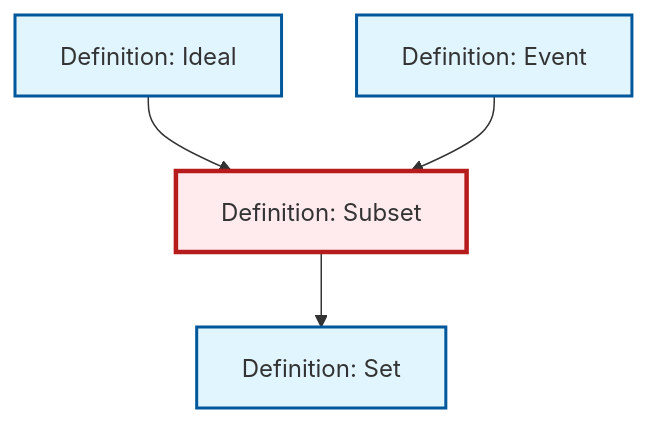
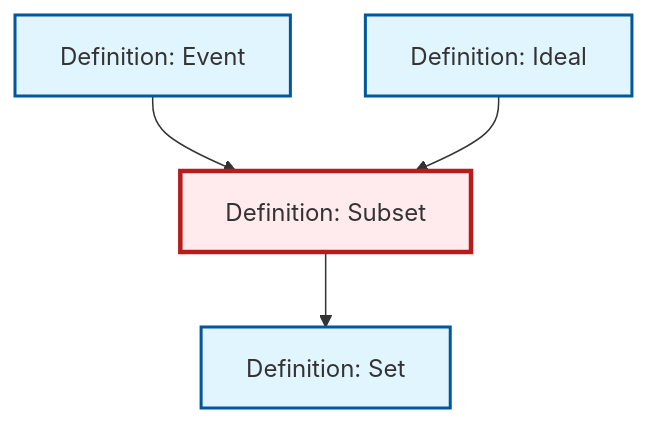
Before and after one commit to RK0429/ModernMath: the diagram in content/en/logic-set-theory/def-subset.qmd, drawn with Mermaid. The commit also changed other lines of this file and 417 other files, not shown here.

````diff
--- a/content/en/logic-set-theory/def-subset.qmd
+++ b/content/en/logic-set-theory/def-subset.qmd
@@ -49,20 +49,20 @@
 ```{mermaid}
 %%| fig-cap: "Local dependency graph"
 graph TD
     classDef definition fill:#e1f5fe,stroke:#01579b,stroke-width:2px
     classDef theorem fill:#f3e5f5,stroke:#4a148c,stroke-width:2px
     classDef axiom fill:#fff3e0,stroke:#e65100,stroke-width:2px
     classDef example fill:#e8f5e9,stroke:#1b5e20,stroke-width:2px
     classDef current fill:#ffebee,stroke:#b71c1c,stroke-width:3px
+    def-set["Definition: Set"]:::definition
+    def-ideal["Definition: Ideal"]:::definition
     def-subset["Definition: Subset"]:::definition
-    def-ideal["Definition: Ideal"]:::definition
     def-event["Definition: Event"]:::definition
-    def-set["Definition: Set"]:::definition
+    def-event --> def-subset
     def-ideal --> def-subset
-    def-event --> def-subset
     def-subset --> def-set
     class def-subset current
+    click def-set "def-set.html" "Go to Set definition"
     click def-ideal "def-ideal.html" "Go to Ideal definition"
     click def-event "def-event.html" "Go to Event definition"
-    click def-set "def-set.html" "Go to Set definition"
 ```
````
